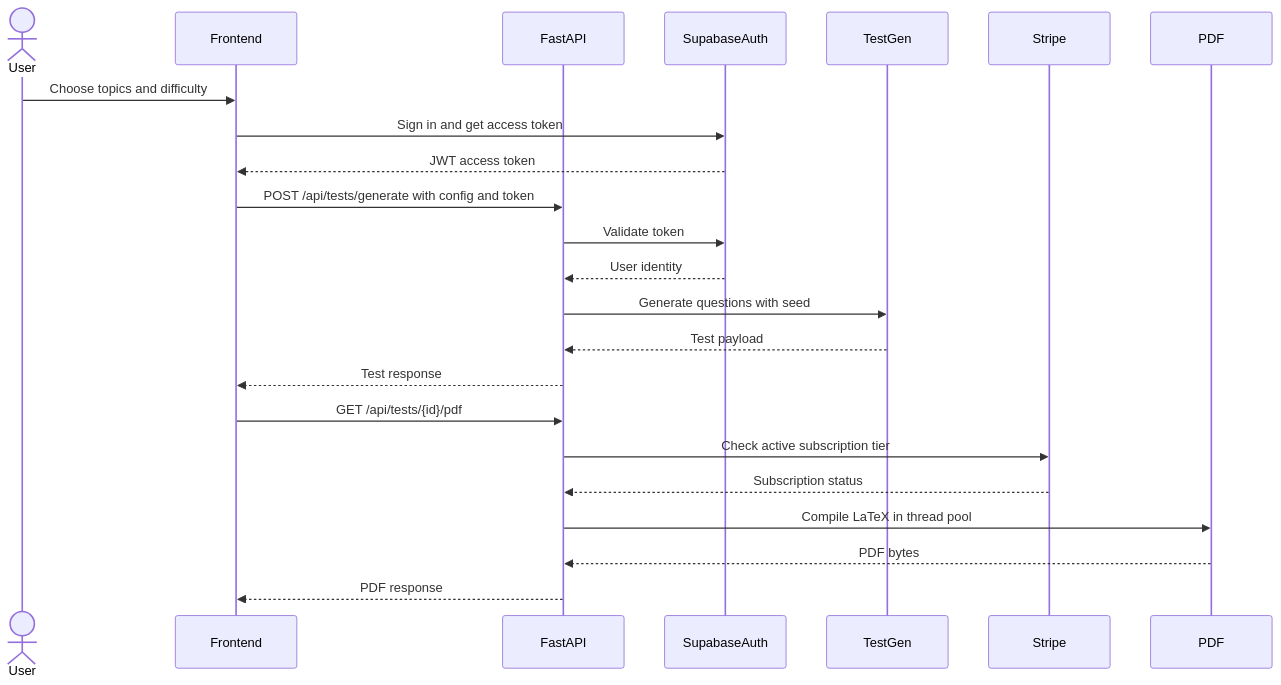
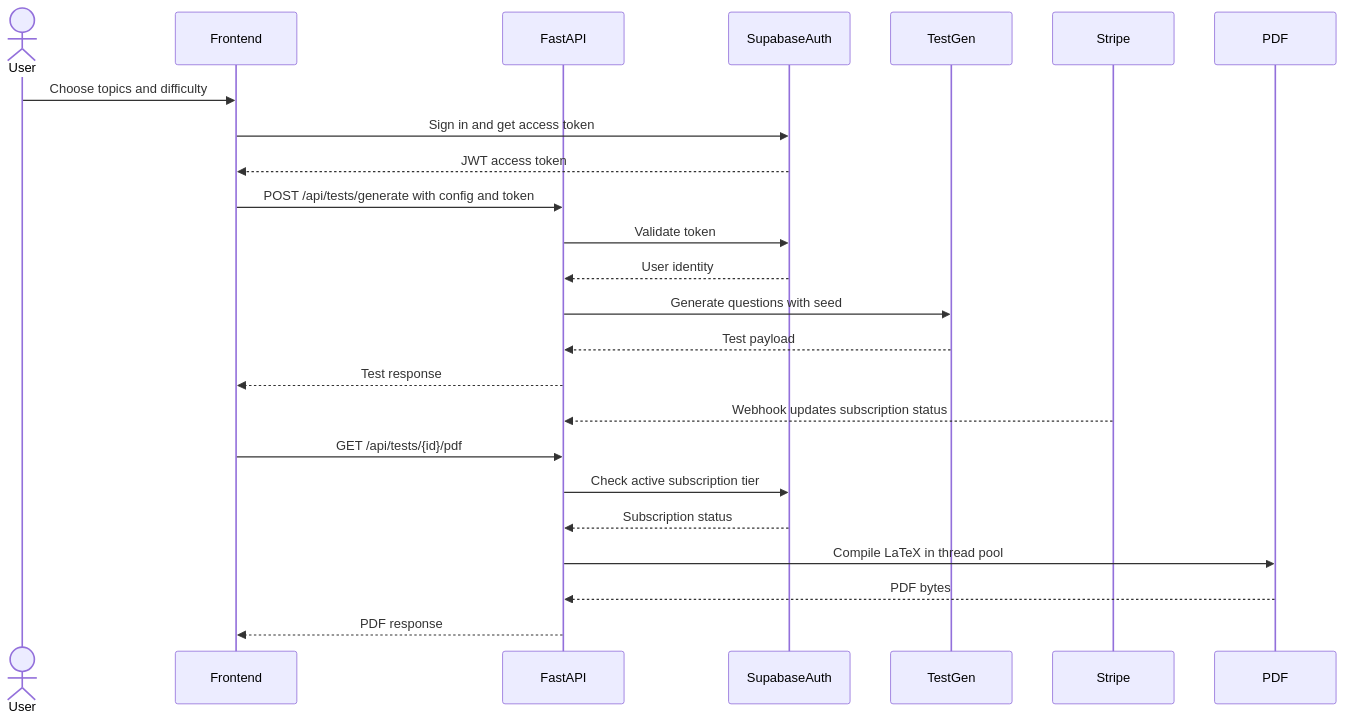
The third of 4 diagrams in README.md (Aditya-Tripuraneni/Praxis), drawn with Mermaid before and after one commit. The commit also changed other lines of this file, not shown here.

Commit message:
Refine diagrams and CI wording
Agent-Logs-Url: https://github.com/Aditya-Tripuraneni/Praxis/sessions/45debd73-599a-4c9c-a5e9-6d1c7d86d741

````diff
--- a/README.md
+++ b/README.md
@@ -107,26 +107,27 @@
 ```mermaid
 sequenceDiagram
   actor User
   participant Frontend
   participant FastAPI
   participant SupabaseAuth
   participant TestGen
   participant Stripe
   participant PDF
 
   User->>Frontend: Choose topics and difficulty
   Frontend->>SupabaseAuth: Sign in and get access token
   SupabaseAuth-->>Frontend: JWT access token
   Frontend->>FastAPI: POST /api/tests/generate with config and token
   FastAPI->>SupabaseAuth: Validate token
   SupabaseAuth-->>FastAPI: User identity
   FastAPI->>TestGen: Generate questions with seed
   TestGen-->>FastAPI: Test payload
   FastAPI-->>Frontend: Test response
+  Stripe-->>FastAPI: Webhook updates subscription status
   Frontend->>FastAPI: GET /api/tests/{id}/pdf
-  FastAPI->>Stripe: Check active subscription tier
-  Stripe-->>FastAPI: Subscription status
+  FastAPI->>SupabaseAuth: Check active subscription tier
+  SupabaseAuth-->>FastAPI: Subscription status
   FastAPI->>PDF: Compile LaTeX in thread pool
   PDF-->>FastAPI: PDF bytes
   FastAPI-->>Frontend: PDF response
 ```
````
